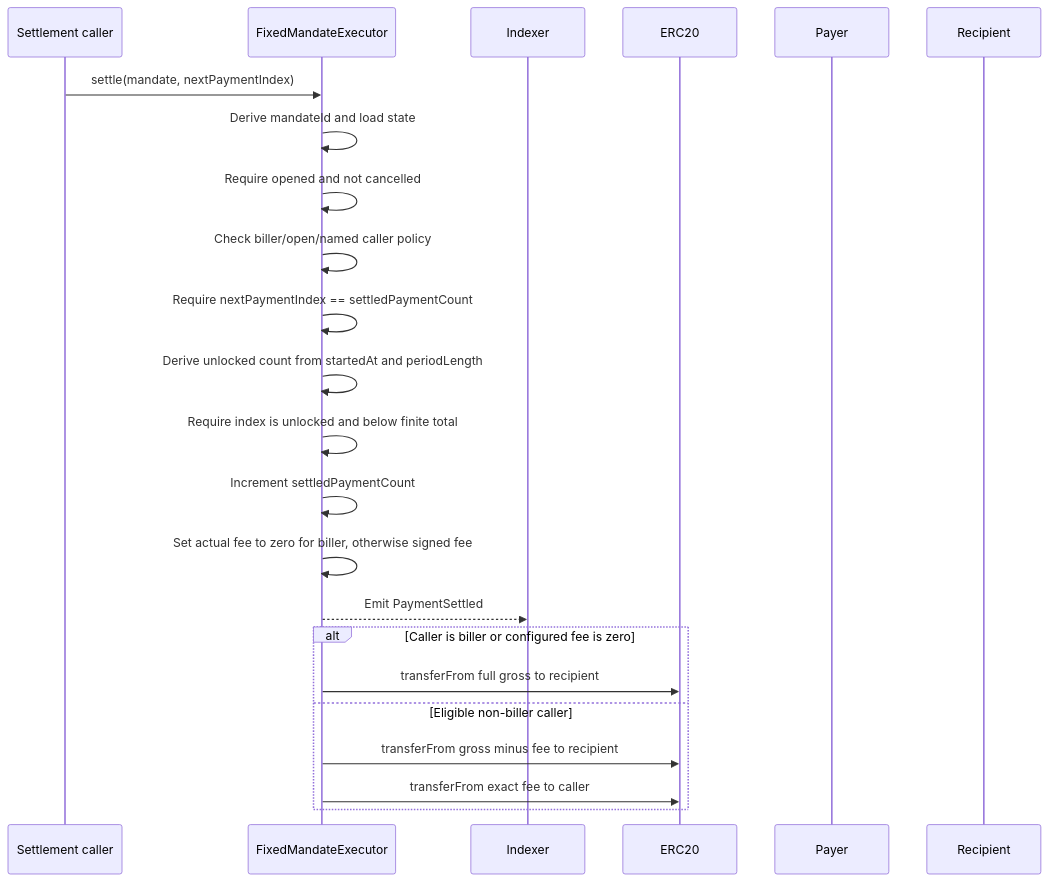
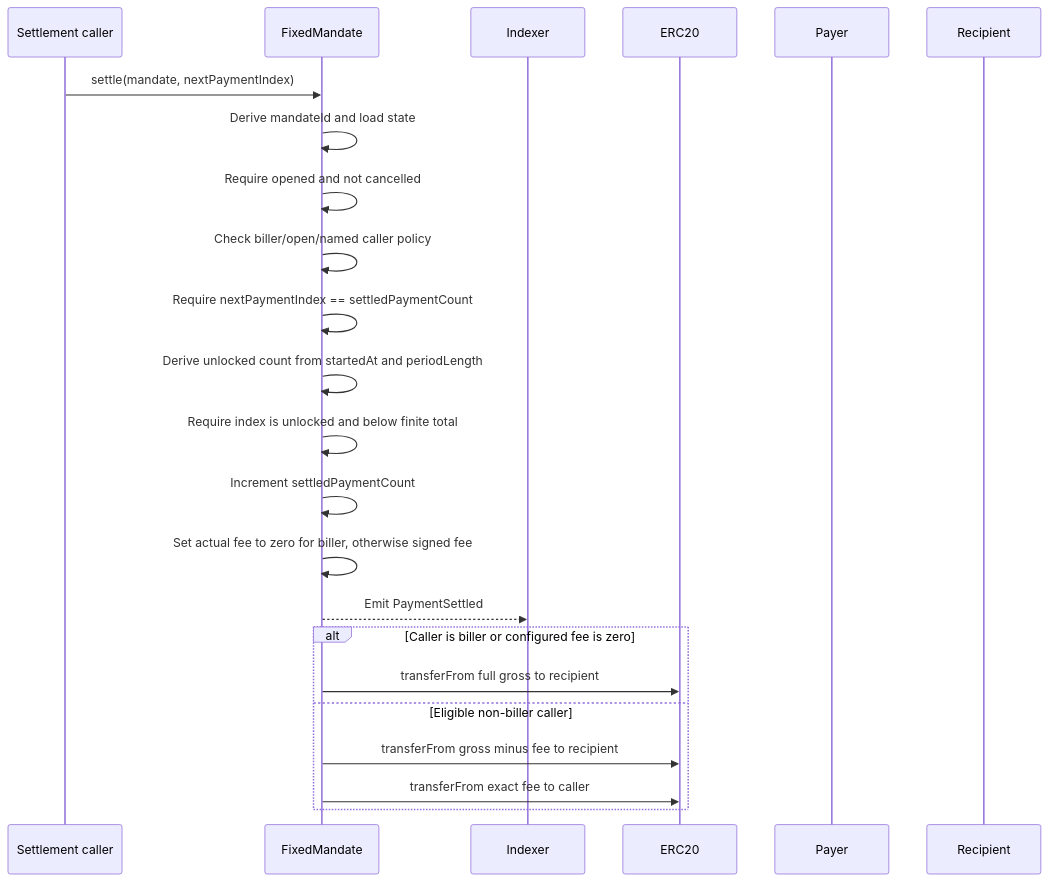
Before and after one commit to alexroan/mandate-protocol: the third of 4 diagrams in PROTOCOL.md, drawn with Mermaid. The commit also changed other lines of this file and 9 other files, not shown here.

````diff
--- a/PROTOCOL.md
+++ b/PROTOCOL.md
@@ -293,26 +293,26 @@
 ```mermaid
 sequenceDiagram
     participant C as Settlement caller
-    participant E as FixedMandateExecutor
+    participant E as FixedMandate
     participant I as Indexer
     participant T as ERC20
     participant P as Payer
     participant R as Recipient
 
     C->>E: settle(mandate, nextPaymentIndex)
     E->>E: Derive mandateId and load state
     E->>E: Require opened and not cancelled
     E->>E: Check biller/open/named caller policy
     E->>E: Require nextPaymentIndex == settledPaymentCount
     E->>E: Derive unlocked count from startedAt and periodLength
     E->>E: Require index is unlocked and below finite total
     E->>E: Increment settledPaymentCount
     E->>E: Set actual fee to zero for biller, otherwise signed fee
     E-->>I: Emit PaymentSettled
     alt Caller is biller or configured fee is zero
         E->>T: transferFrom full gross to recipient
     else Eligible non-biller caller
         E->>T: transferFrom gross minus fee to recipient
         E->>T: transferFrom exact fee to caller
     end
 ```
````
